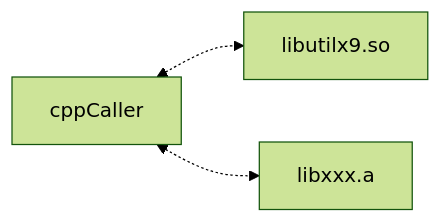
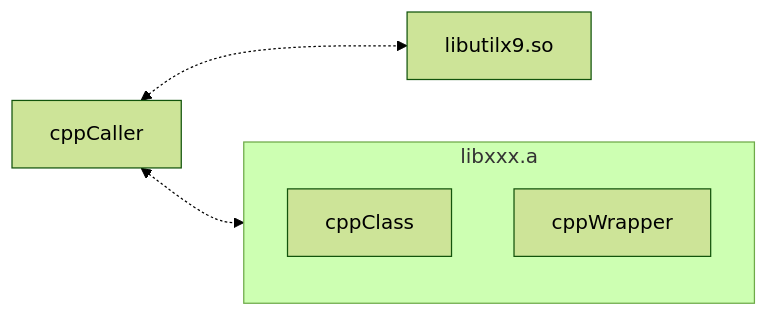
Before and after one commit to lankahsu520/CvsCPPmixer: the second of 2 diagrams in README.md, drawn with Mermaid (forest theme). The commit also changed other lines of this file and 1 other file, not shown here.

Commit message:
update README.md and cppCaller.cpp (call threadx_init)

````diff
--- a/README.md
+++ b/README.md
@@ -14,9 +20,14 @@
 ```mermaid
 flowchart LR
 	cppCaller[cppCaller]
 	libutilx9.so[libutilx9.so]
 	libxxx.a[libxxx.a]
 
+	subgraph libxxx.a
+		cppClass
+		cppWrapper
+	end
+
 	cppCaller <-.-> libutilx9.so
 	cppCaller <-.-> libxxx.a
 ```
````
